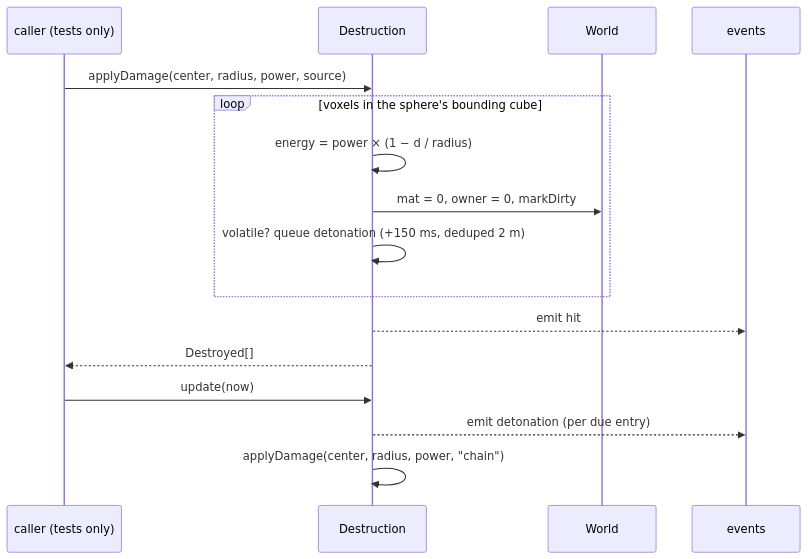
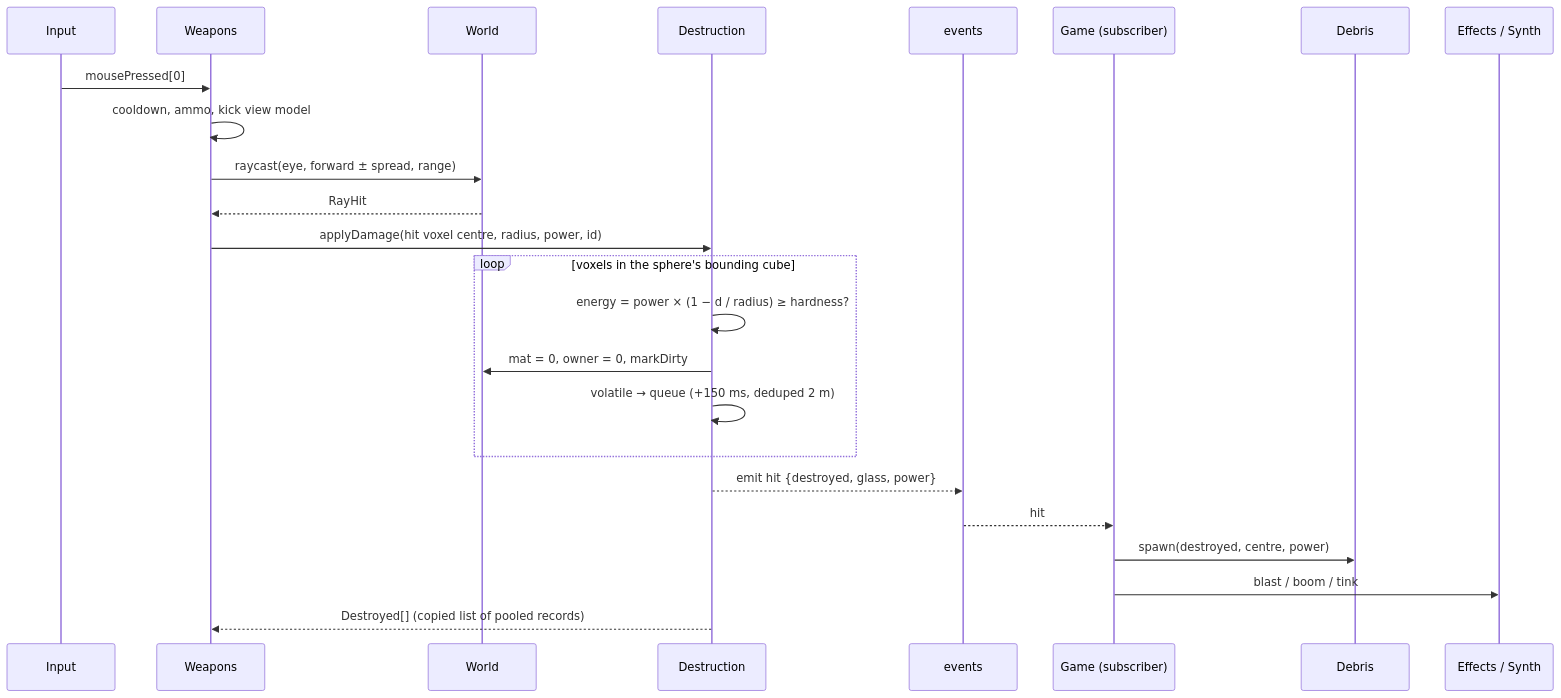
The fourth of 8 diagrams in docs/DEVELOPER-TREE.md (chesterbait88/Sandbox), drawn with Mermaid before and after one commit. The commit also changed other lines of this file and 15 other files, not shown here.

First line of the commit message:
phase 2: destruction — applyDamage, all weapons, chain reactions, Rapier debris, effects, synth audio

````diff
--- a/docs/DEVELOPER-TREE.md
+++ b/docs/DEVELOPER-TREE.md
@@ -101,18 +109,26 @@
 ```mermaid
 sequenceDiagram
-    participant X as caller (tests only)
+    participant I as Input
+    participant WP as Weapons
+    participant W as World
     participant D as Destruction
-    participant W as World
     participant E as events
-    X->>D: applyDamage(center, radius, power, source)
+    participant G as Game (subscriber)
+    participant DB as Debris
+    participant FX as Effects / Synth
+    I->>WP: mousePressed[0]
+    WP->>WP: cooldown, ammo, kick view model
+    WP->>W: raycast(eye, forward ± spread, range)
+    W-->>WP: RayHit
+    WP->>D: applyDamage(hit voxel centre, radius, power, id)
     loop voxels in the sphere's bounding cube
-        D->>D: energy = power × (1 − d / radius)
+        D->>D: energy = power × (1 − d / radius) ≥ hardness?
         D->>W: mat = 0, owner = 0, markDirty
-        D->>D: volatile? queue detonation (+150 ms, deduped 2 m)
+        D->>D: volatile → queue (+150 ms, deduped 2 m)
     end
-    D-->>E: emit hit
-    D-->>X: Destroyed[]
-    X->>D: update(now)
-    D-->>E: emit detonation (per due entry)
-    D->>D: applyDamage(center, radius, power, "chain")
+    D-->>E: emit hit {destroyed, glass, power}
+    E-->>G: hit
+    G->>DB: spawn(destroyed, centre, power)
+    G->>FX: blast / boom / tink
+    D-->>WP: Destroyed[] (copied list of pooled records)
 ```
````
